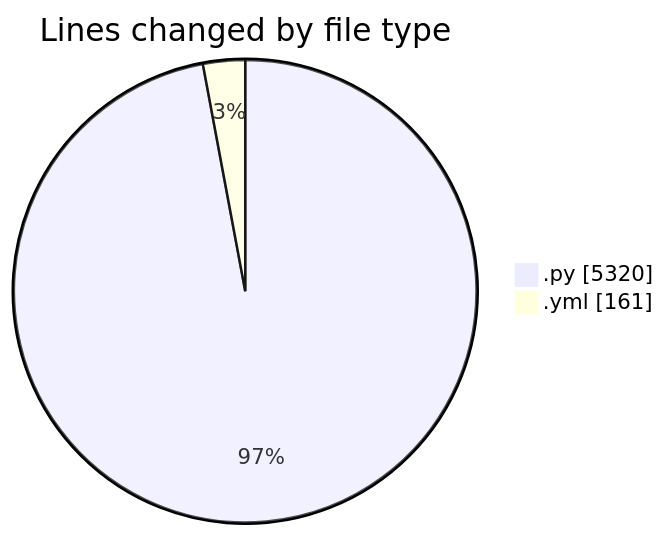
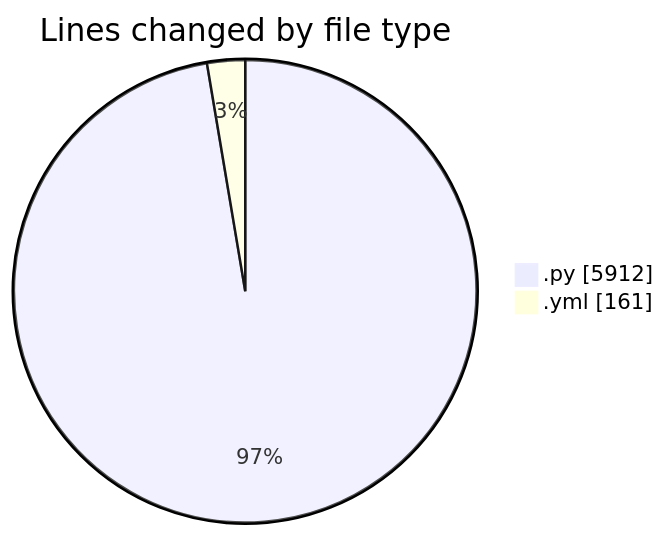
One commit to julien-gomy/code-tracking changed the first of 2 diagrams in 2025-10-15/eventscop-api-guide__workspace_/README.md. Above: the diagram before and after it, drawn with Mermaid. The commit also changed other lines of this file and 1 other file, not shown here.

````diff
--- a/2025-10-15/eventscop-api-guide__workspace_/README.md
+++ b/2025-10-15/eventscop-api-guide__workspace_/README.md
@@ -33,6 +34,6 @@
 ```mermaid
 pie showData
 title Lines changed by file type
-".py" : 5320
+".py" : 5912
 ".yml" : 161
 ```
````
